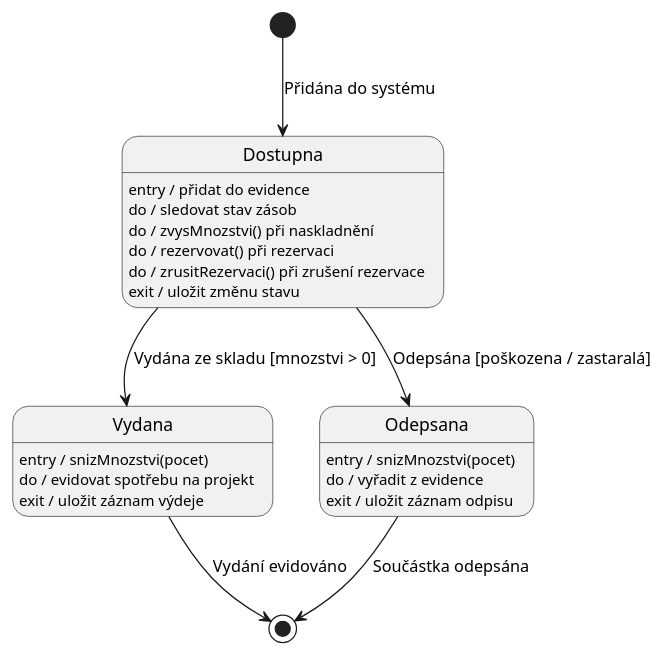
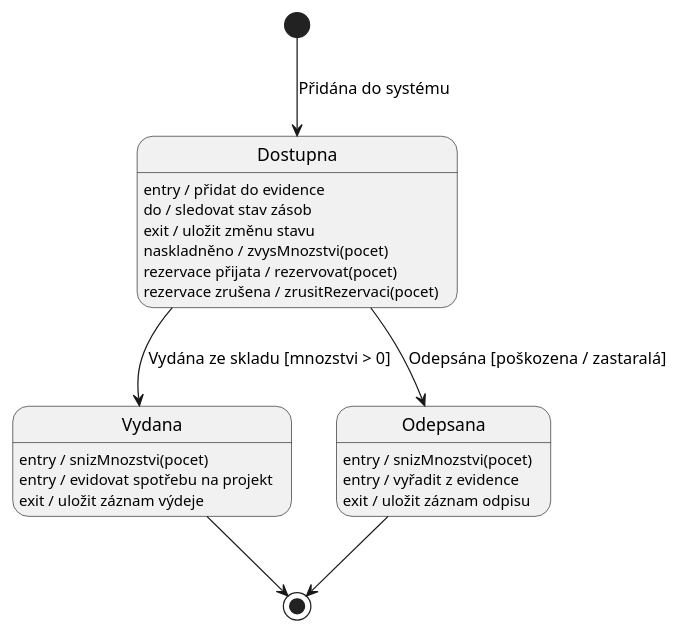
The diagram in diagrams/10_state_soucastka_projekt.puml (lkvapil/kOdevzdaniProjektWMS), drawn with PlantUML before and after one commit. The commit also changed 7 other files, not shown here.

Commit message:
Opravy dle zpětné vazby: generalizace UC, polymorfismus, stavové diagramy

```diff
--- a/diagrams/10_state_soucastka_projekt.puml
+++ b/diagrams/10_state_soucastka_projekt.puml
@@ -1,25 +1,29 @@
 @startuml
 top to bottom direction
+
+' Bod 2: vnitřní přechody místo do/ pro jednorázové akce
+' Bod 7: entry místo do pro evidovat spotřebu a vyřadit z evidence
 
 [*] --> Dostupna : Přidána do systému
 
 Dostupna : entry / přidat do evidence
 Dostupna : do / sledovat stav zásob
-Dostupna : do / zvysMnozstvi() při naskladnění
-Dostupna : do / rezervovat() při rezervaci
-Dostupna : do / zrusitRezervaci() při zrušení rezervace
 Dostupna : exit / uložit změnu stavu
+' vnitřní přechody – jednorázové akce jako reakce na událost
+Dostupna : naskladněno / zvysMnozstvi(pocet)
+Dostupna : rezervace přijata / rezervovat(pocet)
+Dostupna : rezervace zrušena / zrusitRezervaci(pocet)
 Dostupna --> Vydana   : Vydána ze skladu [mnozstvi > 0]
 Dostupna --> Odepsana : Odepsána [poškozena / zastaralá]
 
 Vydana : entry / snizMnozstvi(pocet)
-Vydana : do / evidovat spotřebu na projekt
+Vydana : entry / evidovat spotřebu na projekt
 Vydana : exit / uložit záznam výdeje
-Vydana --> [*] : Vydání evidováno
+Vydana --> [*]
 
 Odepsana : entry / snizMnozstvi(pocet)
-Odepsana : do / vyřadit z evidence
+Odepsana : entry / vyřadit z evidence
 Odepsana : exit / uložit záznam odpisu
-Odepsana --> [*] : Součástka odepsána
+Odepsana --> [*]
 
 @enduml
```
